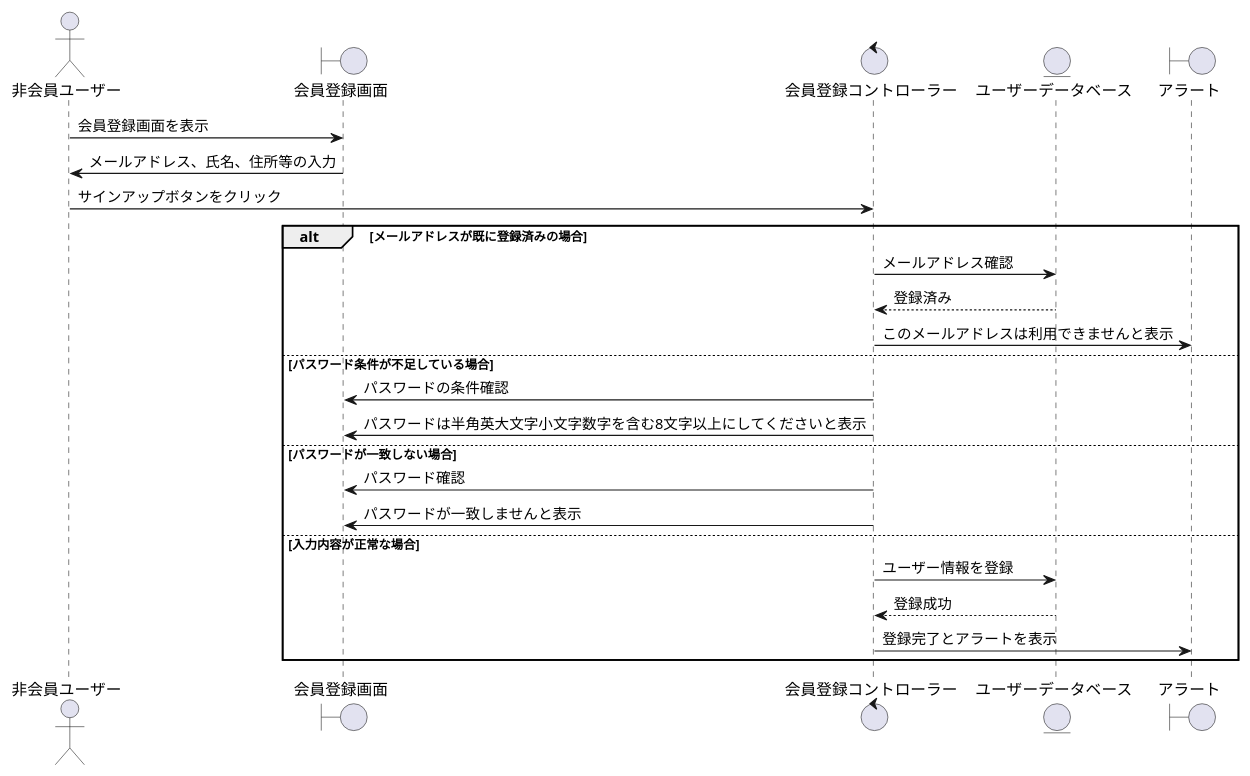
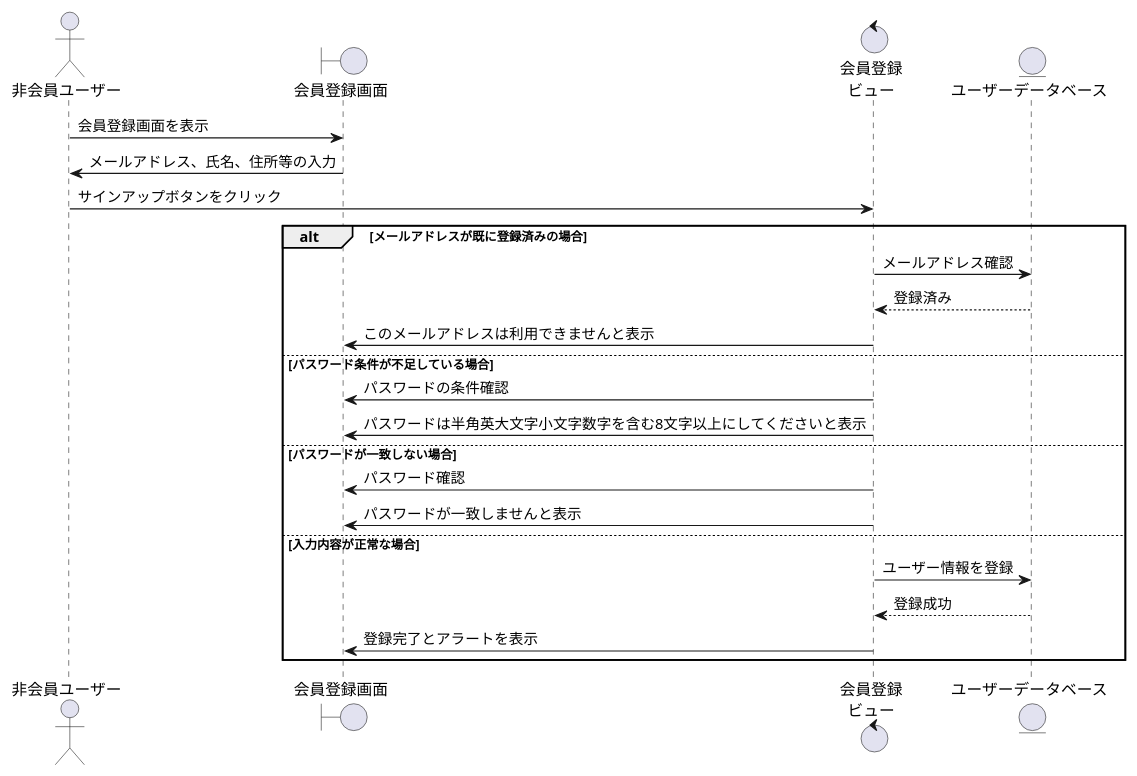
One commit to ysyk-wtnb16/team_D changed the diagram in BBショップ/会員登録.wsd. Above: the diagram before and after it, drawn with PlantUML. The commit also changed 1 other file, not shown here.

```diff
--- a/BBショップ/会員登録.wsd
+++ b/BBショップ/会員登録.wsd
@@ -1,30 +1,29 @@
 @startuml kaiin_touroku 
 actor "非会員ユーザー" as user
 boundary "会員登録画面" as reg
-control "会員登録コントローラー" as regc
+control "会員登録\nビュー" as regv
 entity "ユーザーデータベース" as db
-boundary "アラート" as alert
 
 
 user -> reg: 会員登録画面を表示
 reg -> user: メールアドレス、氏名、住所等の入力
-user -> regc: サインアップボタンをクリック
+user -> regv: サインアップボタンをクリック
 
 alt メールアドレスが既に登録済みの場合
-    regc -> db: メールアドレス確認
-    db --> regc: 登録済み
-    regc -> alert: このメールアドレスは利用できませんと表示
+    regv -> db: メールアドレス確認
+    db --> regv: 登録済み
+    regv -> reg: このメールアドレスは利用できませんと表示
 else パスワード条件が不足している場合
-    regc -> reg: パスワードの条件確認
-    regc -> reg: パスワードは半角英大文字小文字数字を含む8文字以上にしてくださいと表示
+    regv -> reg: パスワードの条件確認
+    regv -> reg: パスワードは半角英大文字小文字数字を含む8文字以上にしてくださいと表示
 else パスワードが一致しない場合
-    regc -> reg: パスワード確認
-    regc -> reg: パスワードが一致しませんと表示
+    regv -> reg: パスワード確認
+    regv -> reg: パスワードが一致しませんと表示
 else 入力内容が正常な場合
-    regc -> db: ユーザー情報を登録
-    db --> regc: 登録成功
-    regc -> alert: 登録完了とアラートを表示
+    regv -> db: ユーザー情報を登録
+    db --> regv: 登録成功
+    regv -> reg: 登録完了とアラートを表示
 
 end
 
 @enduml
```
